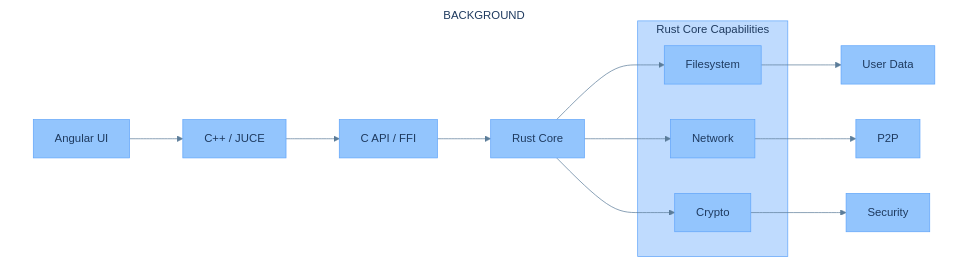
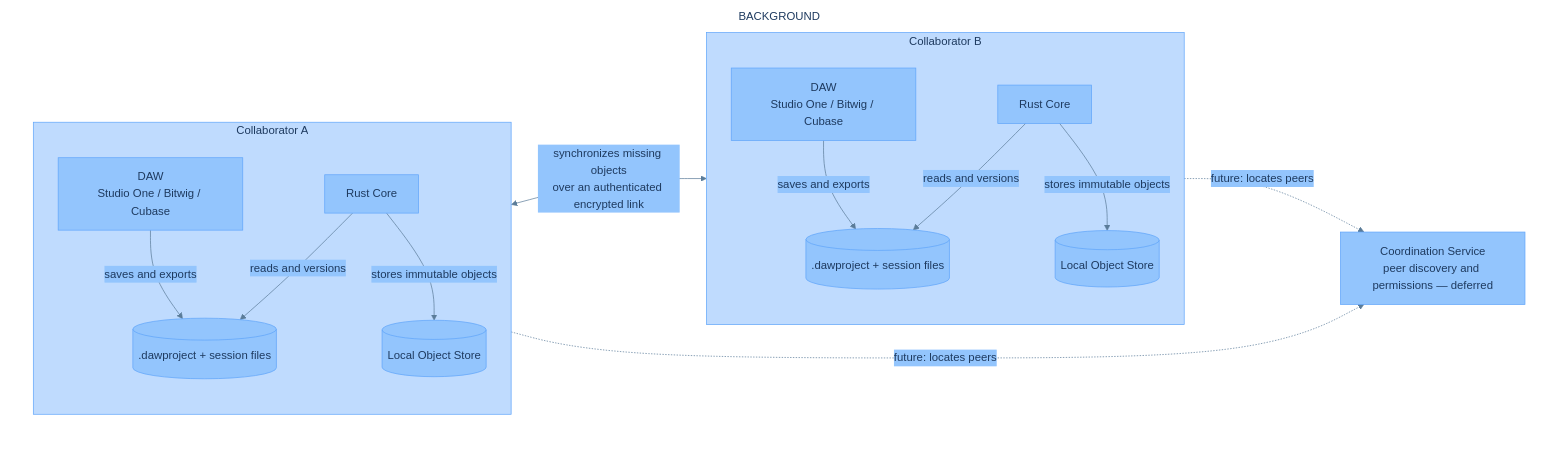
One commit to RandreasKristensen/dawgit changed the second of 5 diagrams in gitformusic/.docs/ARCHITECTURE.md. Above: the diagram before and after it, drawn with Mermaid. The commit also changed other lines of this file and 9 other files, not shown here.

````diff
--- a/gitformusic/.docs/ARCHITECTURE.md
+++ b/gitformusic/.docs/ARCHITECTURE.md
@@ -145,37 +183,42 @@
 ```mermaid
 %%{init: {"theme":"base","themeVariables":{"background":"#ffffff","primaryColor":"#93c5fd","primaryTextColor":"#1e3a5f","primaryBorderColor":"#60a5fa","lineColor":"#5b7c99","secondaryColor":"#93c5fd","tertiaryColor":"#ffffff","clusterBkg":"#bfdbfe","clusterBorder":"#60a5fa","titleColor":"#1e3a5f","fontFamily":" sans-serif"}}}%%
-%% Music Project Platform - Dependency Direction
+%% Git for Music — System Overview
 flowchart TB
 
     subgraph BACKGROUND
 
-    ANGULAR["Angular UI"]
-    JUCE["C++ / JUCE"]
-    FFI["C API / FFI"]
-    RUST["Rust Core"]
+    subgraph CLIENT_A["Collaborator A"]
+        direction TB
+        DAW_A["DAW<br/>Studio One / Bitwig / Cubase"]
+        CORE_A["Rust Core"]
+        FILES_A[(".dawproject + session files")]
+        STORE_A[("Local Object Store")]
 
-    subgraph CAPABILITIES["Rust Core Capabilities"]
-        FILESYSTEM["Filesystem"]
-        NETWORK["Network"]
-        CRYPTO["Crypto"]
+        DAW_A -->|"saves and exports"| FILES_A
+        CORE_A -->|"reads and versions"| FILES_A
+        CORE_A -->|"stores immutable objects"| STORE_A
     end
 
-    USER_DATA["User Data"]
-    P2P["P2P"]
-    SECURITY["Security"]
+    subgraph CLIENT_B["Collaborator B"]
+        direction TB
+        DAW_B["DAW<br/>Studio One / Bitwig / Cubase"]
+        CORE_B["Rust Core"]
+        FILES_B[(".dawproject + session files")]
+        STORE_B[("Local Object Store")]
 
-    ANGULAR --> JUCE
-    JUCE --> FFI
-    FFI --> RUST
+        DAW_B -->|"saves and exports"| FILES_B
+        CORE_B -->|"reads and versions"| FILES_B
+        CORE_B -->|"stores immutable objects"| STORE_B
+    end
 
-    RUST --> FILESYSTEM
-    RUST --> NETWORK
-    RUST --> CRYPTO
+    COORD["Coordination Service<br/>peer discovery and permissions — deferred"]
 
-    FILESYSTEM --> USER_DATA
-    NETWORK --> P2P
-    CRYPTO --> SECURITY
+    CORE_A <-->|"synchronizes missing objects<br/>over an authenticated encrypted link"| CORE_B
+
+    CORE_A -.->|"future: locates peers"| COORD
+    CORE_B -.->|"future: locates peers"| COORD
+
 
     end
     style BACKGROUND fill:#ffffff,stroke:#ffffff,stroke-width:1px
 ```
````
